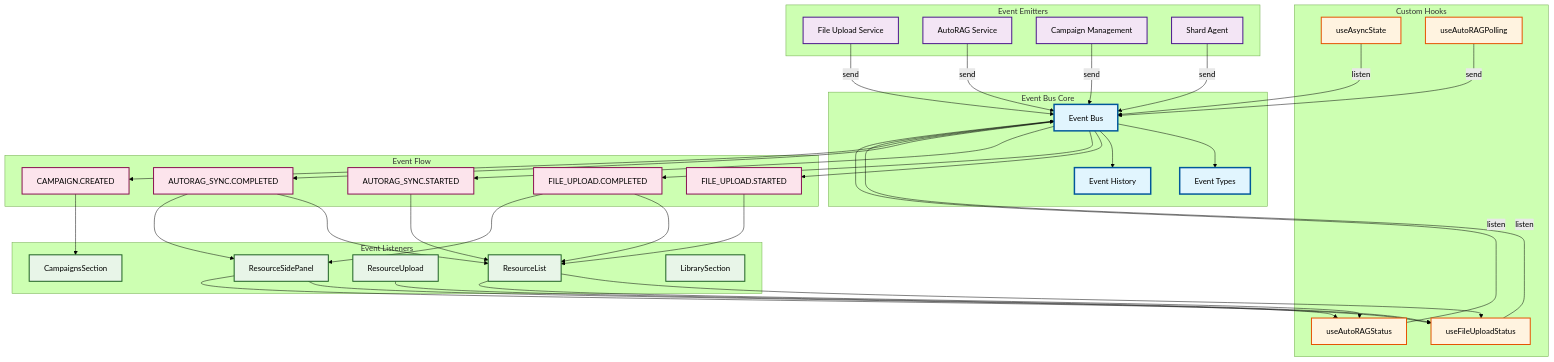
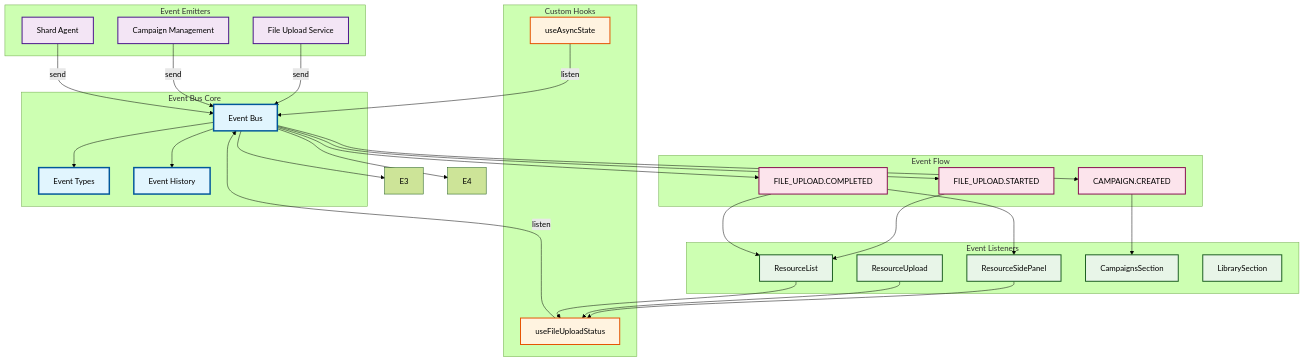
One commit to ofisk/loresmith-ai changed the first of 5 diagrams in docs/EVENT_BUS_ARCHITECTURE.md. Above: the diagram before and after it, drawn with Mermaid (forest theme). The commit also changed other lines of this file and 73 other files, not shown here.

First line of the commit message:
Remove AutoRAG system and replace with generic RAG implementation (#246)

````diff
--- a/docs/EVENT_BUS_ARCHITECTURE.md
+++ b/docs/EVENT_BUS_ARCHITECTURE.md
@@ -12,7 +12,6 @@
 
     subgraph "Event Emitters"
         FU[File Upload Service]
-        AR[AutoRAG Service]
         CM[Campaign Management]
         SA[Shard Agent]
     end
@@ -27,22 +26,17 @@
 
     subgraph "Custom Hooks"
         UFUS[useFileUploadStatus]
-        UARS[useAutoRAGStatus]
         UAS[useAsyncState]
-        UAP[useAutoRAGPolling]
     end
 
     subgraph "Event Flow"
         E1[FILE_UPLOAD.STARTED]
         E2[FILE_UPLOAD.COMPLETED]
-        E3[AUTORAG_SYNC.STARTED]
-        E4[AUTORAG_SYNC.COMPLETED]
         E5[CAMPAIGN.CREATED]
     end
 
     %% Event Emitters to Event Bus
     FU -->|send| EB
-    AR -->|send| EB
     CM -->|send| EB
     SA -->|send| EB
 
@@ -60,24 +54,17 @@
     %% Event Flow to Listeners
     E1 --> RL
     E2 --> RL
-    E3 --> RL
-    E4 --> RL
     E2 --> RSP
-    E4 --> RSP
     E5 --> CS
 
     %% Custom Hooks Integration
     UFUS -->|listen| EB
-    UARS -->|listen| EB
     UAS -->|listen| EB
-    UAP -->|send| EB
 
     %% Components using Hooks
     RSP --> UFUS
-    RSP --> UARS
     RU --> UFUS
     RL --> UFUS
-    RL --> UARS
 
     %% Styling
     classDef eventBus fill:#e1f5fe,stroke:#01579b,stroke-width:3px
@@ -87,8 +74,8 @@
     classDef event fill:#fce4ec,stroke:#880e4f,stroke-width:2px
 
     class EB,ET,EH eventBus
-    class FU,AR,CM,SA emitter
+    class FU,CM,SA emitter
     class RL,RSP,RU,CS,LS listener
-    class UFUS,UARS,UAS,UAP hook
-    class E1,E2,E3,E4,E5 event
+    class UFUS,UAS hook
+    class E1,E2,E5 event
 ```
````
